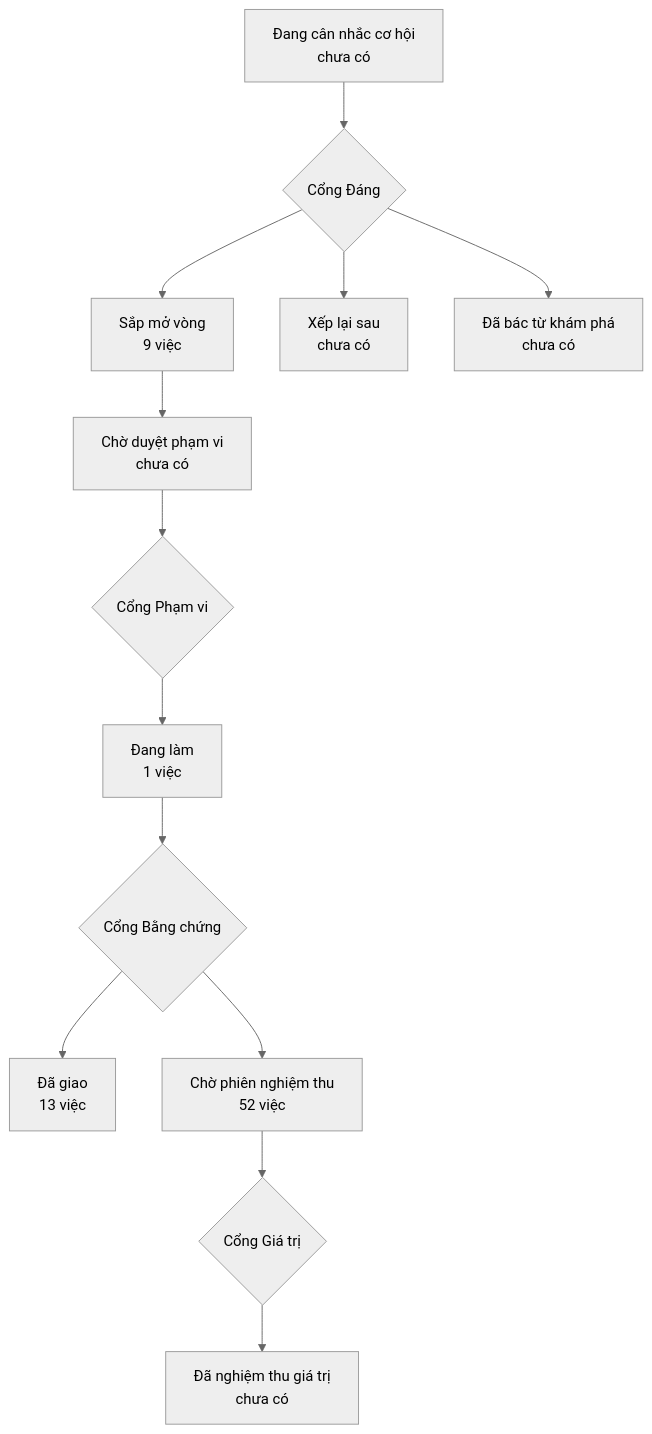
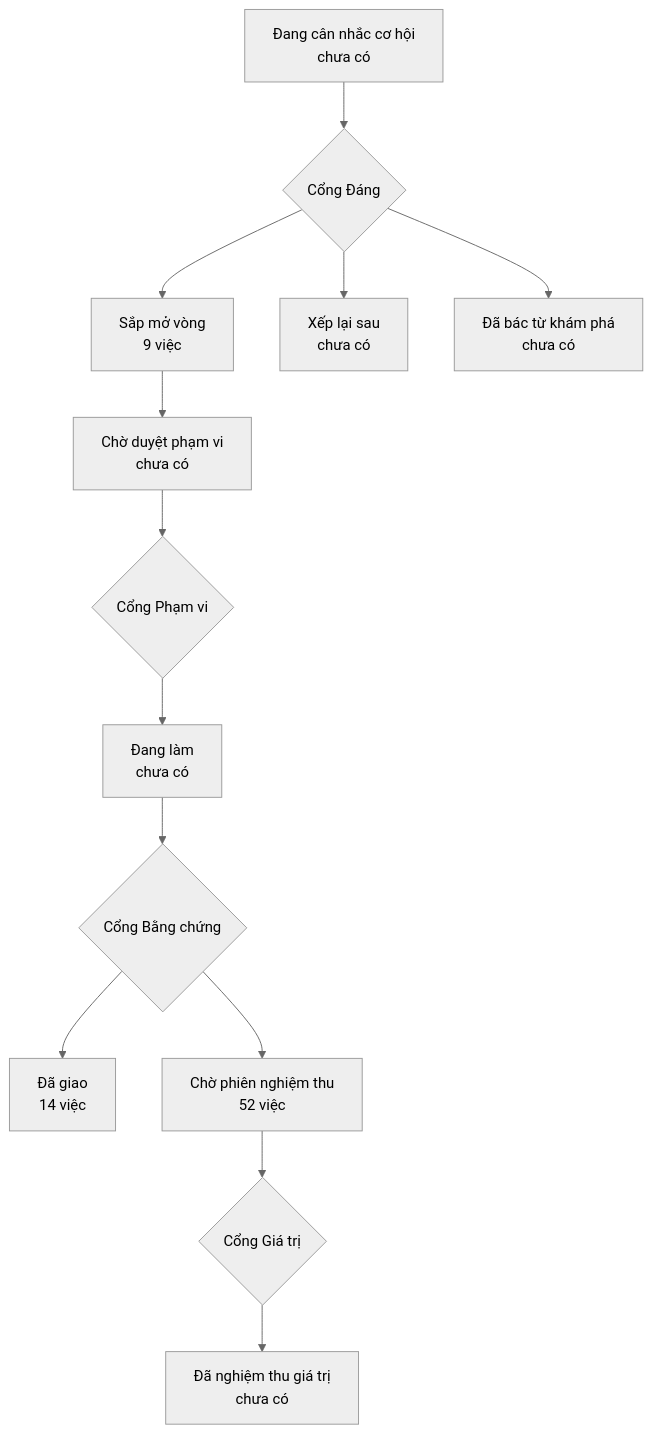
Before and after one commit to phanlemanh/onehub-inventory: the diagram in PRODUCT-MAP.md, drawn with Mermaid (neutral theme). The commit also changed other lines of this file and 4 other files, not shown here.

````diff
--- a/PRODUCT-MAP.md
+++ b/PRODUCT-MAP.md
@@ -7,12 +7,12 @@
 ```mermaid
 flowchart TD
   A["Đang cân nhắc cơ hội<br/>chưa có"] --> GD{"Cổng Đáng"}
   GD --> B["Sắp mở vòng<br/>9 việc"]
   GD --> XL["Xếp lại sau<br/>chưa có"]
   GD --> DB["Đã bác từ khám phá<br/>chưa có"]
   B --> CD["Chờ duyệt phạm vi<br/>chưa có"] --> GP{"Cổng Phạm vi"}
-  GP --> DL["Đang làm<br/>1 việc"] --> GB{"Cổng Bằng chứng"}
-  GB --> DG["Đã giao<br/>13 việc"]
+  GP --> DL["Đang làm<br/>chưa có"] --> GB{"Cổng Bằng chứng"}
+  GB --> DG["Đã giao<br/>14 việc"]
   GB --> CN["Chờ phiên nghiệm thu<br/>52 việc"] --> GG{"Cổng Giá trị"}
   GG --> NT["Đã nghiệm thu giá trị<br/>chưa có"]
 ```
````
